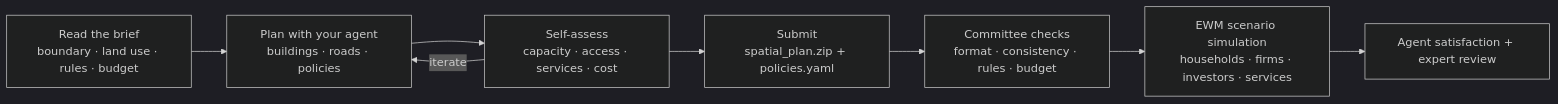
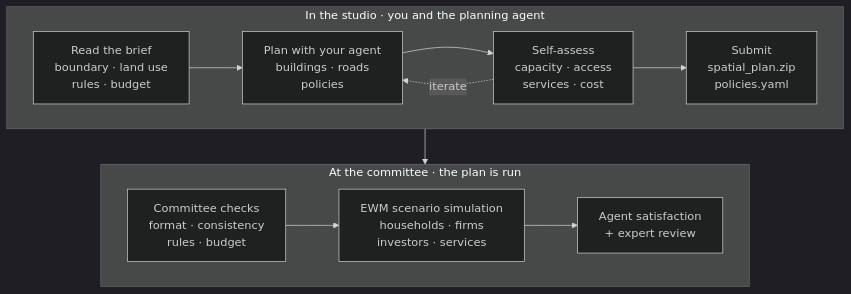
One commit to FreedomIntelligence/Agentic-City changed the first of 2 diagrams in README.md. Above: the diagram before and after it, drawn with Mermaid (dark theme). The commit also changed other lines of this file and 7 other files, not shown here.

````diff
--- a/README.md
+++ b/README.md
@@ -74,10 +124,17 @@
 ```mermaid
-flowchart LR
-    A["Read the brief<br/>boundary · land use · rules · budget"] --> B["Plan with your agent<br/>buildings · roads · policies"]
-    B --> C["Self-assess<br/>capacity · access · services · cost"]
-    C -->|iterate| B
-    C --> D["Submit<br/>spatial_plan.zip + policies.yaml"]
-    D --> E["Committee checks<br/>format · consistency · rules · budget"]
-    E --> F["EWM scenario simulation<br/>households · firms · investors · services"]
-    F --> G["Agent satisfaction + expert review"]
+%%{init: {"flowchart": {"wrappingWidth": 400}}}%%
+flowchart TB
+    subgraph S["In the studio · you and the planning agent"]
+        direction LR
+        A["Read the brief<br/>boundary · land use<br/>rules · budget"] --> B["Plan with your agent<br/>buildings · roads<br/>policies"]
+        B --> C["Self-assess<br/>capacity · access<br/>services · cost"]
+        C -.->|iterate| B
+        C --> D["Submit<br/>spatial_plan.zip<br/>policies.yaml"]
+    end
+    subgraph J["At the committee · the plan is run"]
+        direction LR
+        E["Committee checks<br/>format · consistency<br/>rules · budget"] --> F["EWM scenario simulation<br/>households · firms<br/>investors · services"]
+        F --> G["Agent satisfaction<br/>+ expert review"]
+    end
+    S --> J
 ```
````
